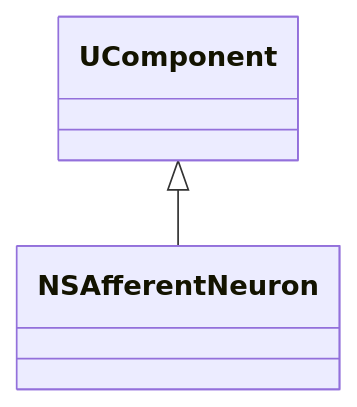
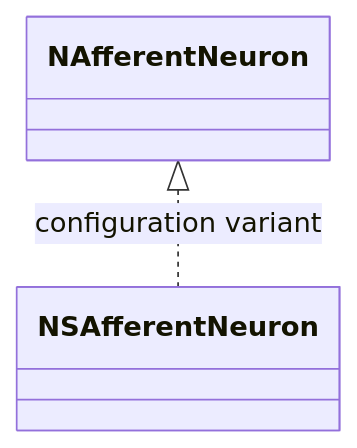
The sixth of 10 diagrams in Docs/Components/NSAfferentNeuron.md (aicommunity/Nmsdk-PulseLib), drawn with Mermaid before and after one commit. The commit also changed other lines of this file and 196 other files, not shown here.

````diff
--- a/Docs/Components/NSAfferentNeuron.md
+++ b/Docs/Components/NSAfferentNeuron.md
@@ -69,4 +249,4 @@
 ```mermaid
 classDiagram
-    UComponent <|-- NSAfferentNeuron
+    NAfferentNeuron <|.. NSAfferentNeuron : configuration variant
 ```
````
